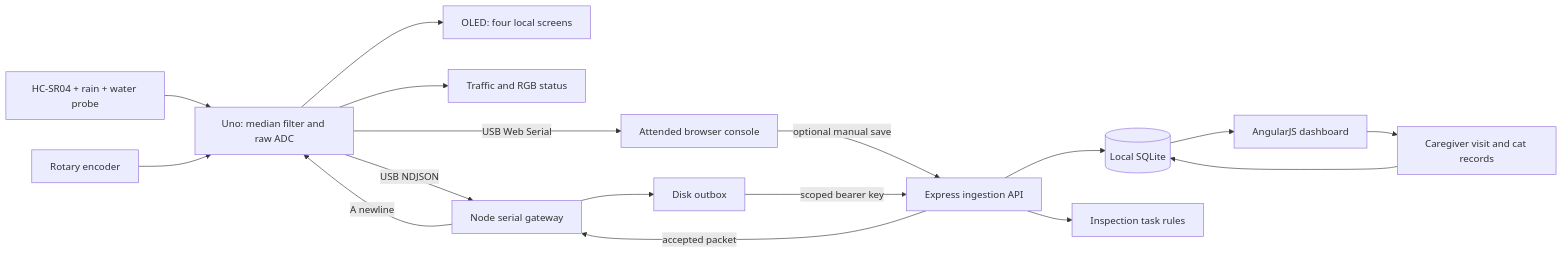
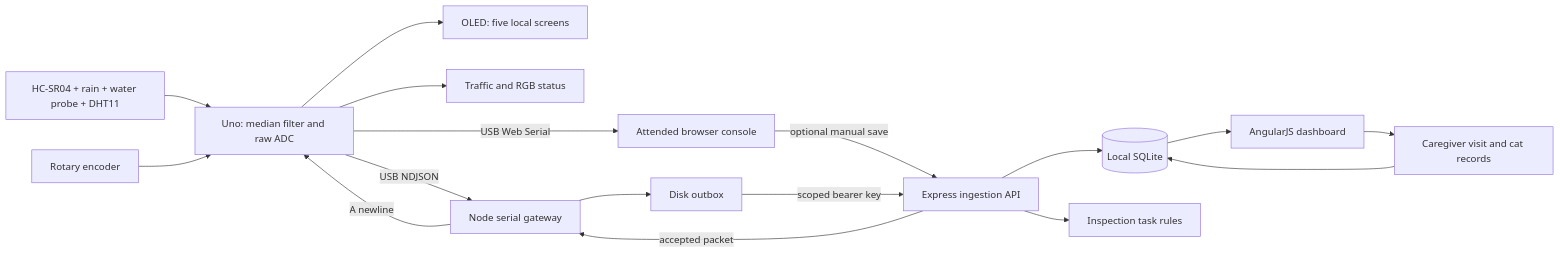
The diagram in docs/ARCHITECTURE.md (m-goldstein/miami-colony-watch), drawn with Mermaid before and after one commit. The commit also changed other lines of this file and 26 other files, not shown here.

````diff
--- a/docs/ARCHITECTURE.md
+++ b/docs/ARCHITECTURE.md
@@ -5,19 +5,19 @@
 ```mermaid
 flowchart LR
-  H[HC-SR04 + rain + water probe] --> U[Uno: median filter and raw ADC]
+  H[HC-SR04 + rain + water probe + DHT11] --> U[Uno: median filter and raw ADC]
   E[Rotary encoder] --> U
-  U --> O[OLED: four local screens]
+  U --> O[OLED: five local screens]
   U --> L[Traffic and RGB status]
   U -- USB NDJSON --> G[Node serial gateway]
   U -- USB Web Serial --> B[Attended browser console]
   B -- optional manual save --> A
   G --> Q[Disk outbox]
   Q -- scoped bearer key --> A[Express ingestion API]
   A --> D[(Local SQLite)]
   A --> T[Inspection task rules]
   D --> W[AngularJS dashboard]
   W --> V[Caregiver visit and cat records]
   V --> D
   A -- accepted packet --> G
   G -- A newline --> U
 ```
````
